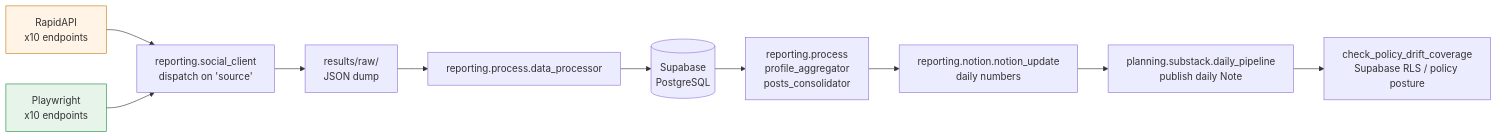
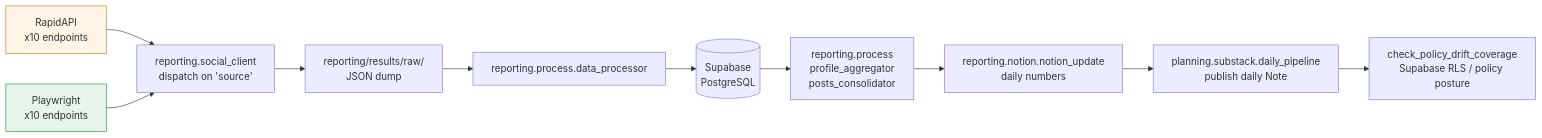
One commit to ferraroroberto/content-management changed the third of 3 diagrams in README.md. Above: the diagram before and after it, drawn with Mermaid. The commit also changed other lines of this file and 16 other files, not shown here.

````diff
--- a/README.md
+++ b/README.md
@@ -338,15 +338,15 @@
 ```mermaid
 flowchart LR
     A1[RapidAPI<br/>x10 endpoints]:::rapidapi --> B
     A2[Playwright<br/>x10 endpoints]:::playwright --> B
     B[reporting.social_client<br/>dispatch on 'source']
-    B --> C[results/raw/<br/>JSON dump]
+    B --> C[reporting/results/raw/<br/>JSON dump]
     C --> D[reporting.process.data_processor]
     D --> E[(Supabase<br/>PostgreSQL)]
     E --> F[reporting.process<br/>profile_aggregator<br/>posts_consolidator]
     F --> G[reporting.notion.notion_update<br/>daily numbers]
     G --> H[planning.substack.daily_pipeline<br/>publish daily Note]
     H --> I[check_policy_drift_coverage<br/>Supabase RLS / policy posture]
     classDef rapidapi fill:#fff4e6,stroke:#c47f17
     classDef playwright fill:#e6f4ea,stroke:#1e8e3e
 ```
````
